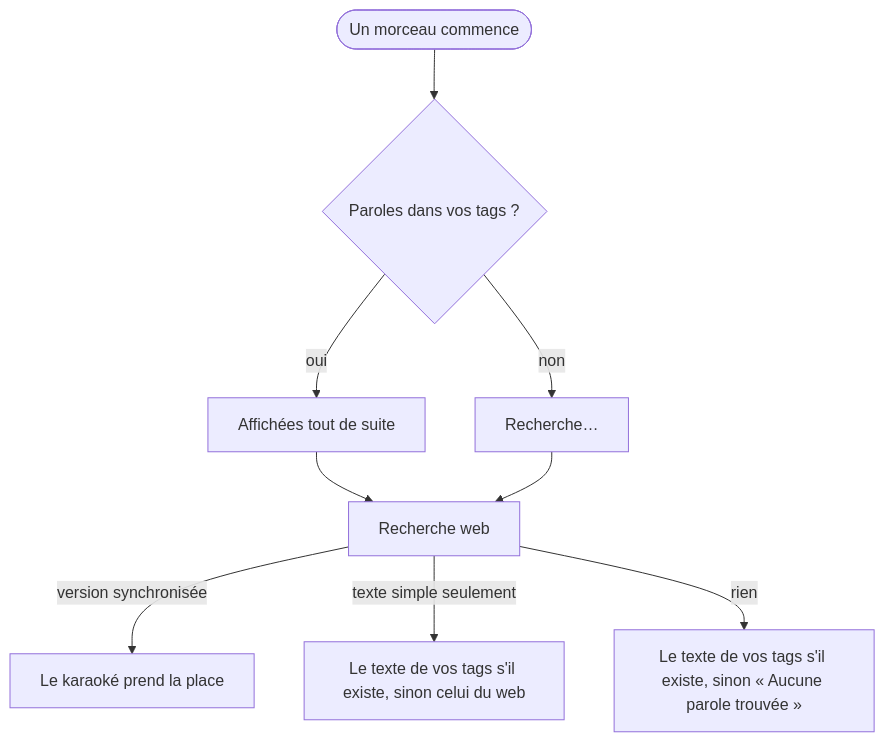
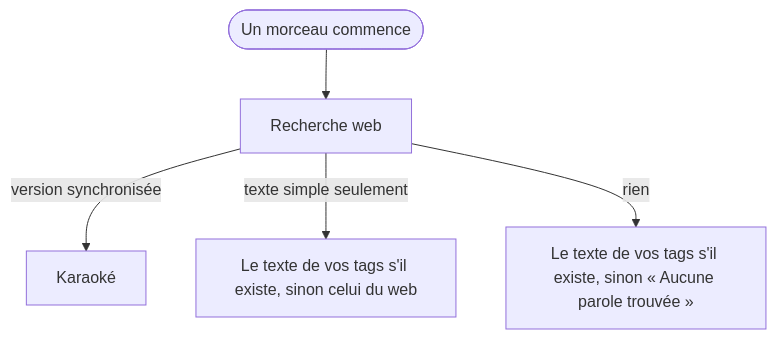
One commit to werdeil/lyrion-dashboard changed the diagram in docs/diagrams/lyrics-display.fr.mmd. Above: the diagram before and after it, drawn with Mermaid. The commit also changed 3 other files, not shown here.

First line of the commit message:
docs(lyrics): drop the waiting state from the display diagram

```diff
--- a/docs/diagrams/lyrics-display.fr.mmd
+++ b/docs/diagrams/lyrics-display.fr.mmd
@@ -1,9 +1,5 @@
 flowchart TD
-    A([Un morceau commence]) --> B{Paroles dans vos tags ?}
-    B -- oui --> C[Affichées tout de suite]
-    B -- non --> D["Recherche…"]
-    C --> E[Recherche web]
-    D --> E
-    E -- version synchronisée --> F[Le karaoké prend la place]
+    A([Un morceau commence]) --> E[Recherche web]
+    E -- version synchronisée --> F[Karaoké]
     E -- texte simple seulement --> G[Le texte de vos tags s'il existe, sinon celui du web]
     E -- rien --> H["Le texte de vos tags s'il existe, sinon « Aucune parole trouvée »"]
```
